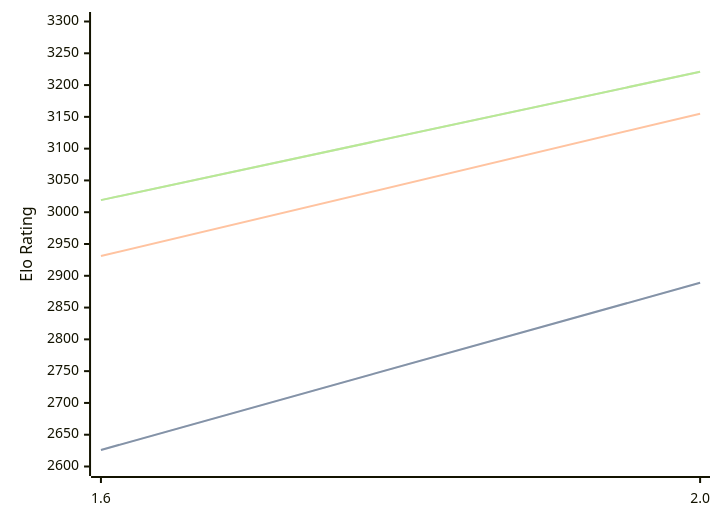
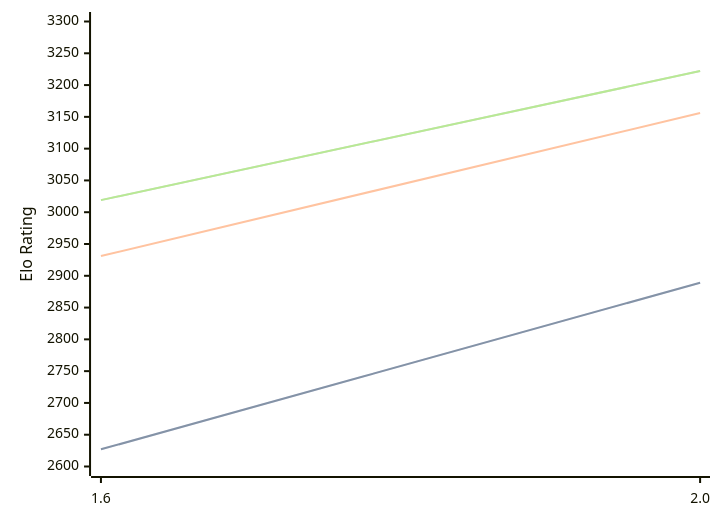
The diagram in engines/Onyx.md (computer-chess-index/cci), drawn with Mermaid before and after one commit. The commit also changed other lines of this file, not shown here.

Commit message:
Update CCI Ratings (ELO VLTC) - 2026-08-27

````diff
--- a/engines/Onyx.md
+++ b/engines/Onyx.md
@@ -32,11 +32,11 @@
 ```mermaid
 %%{init: {"theme":"base","themeVariables":{"seriesColors:['#a3a3a3','#222221','#faa371']}}}%%
 xychart-beta
   x-axis ["1.6", "2.0"]
   y-axis "Elo Rating" 2600 --> 3300
-  line "STC (8.0+0.08s)" [2626, 2889]
-  line "STC (8.0+0.08s)" [2626, 2889]
-  line "LTC (60.0+0.60s)" [2931, 3155]
-  line "VLTC (2m24s+1.12s)" [3019, 3221]
-  line "VLTC (2m24s+1.12s)" [3019, 3221]
+  line "STC (8.0+0.08s)" [2627, 2889]
+  line "STC (8.0+0.08s)" [2627, 2889]
+  line "LTC (60.0+0.60s)" [2931, 3156]
+  line "VLTC (2m24s+1.12s)" [3019, 3222]
+  line "VLTC (2m24s+1.12s)" [3019, 3222]
 ```
````
